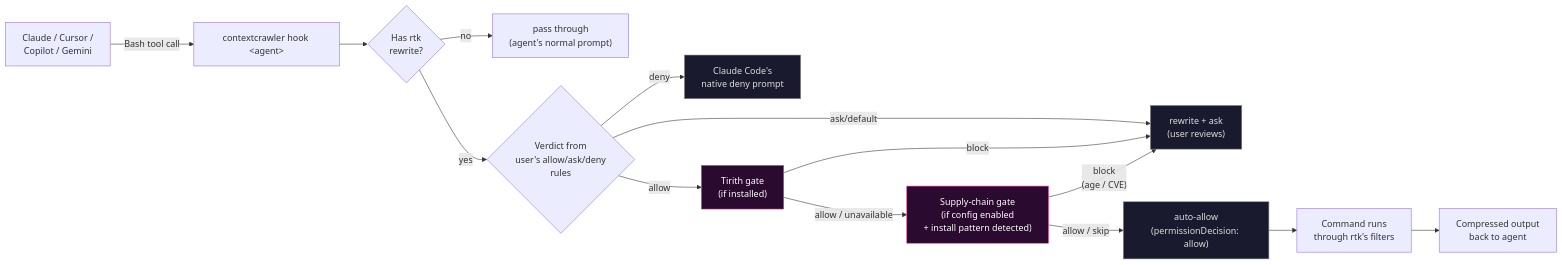
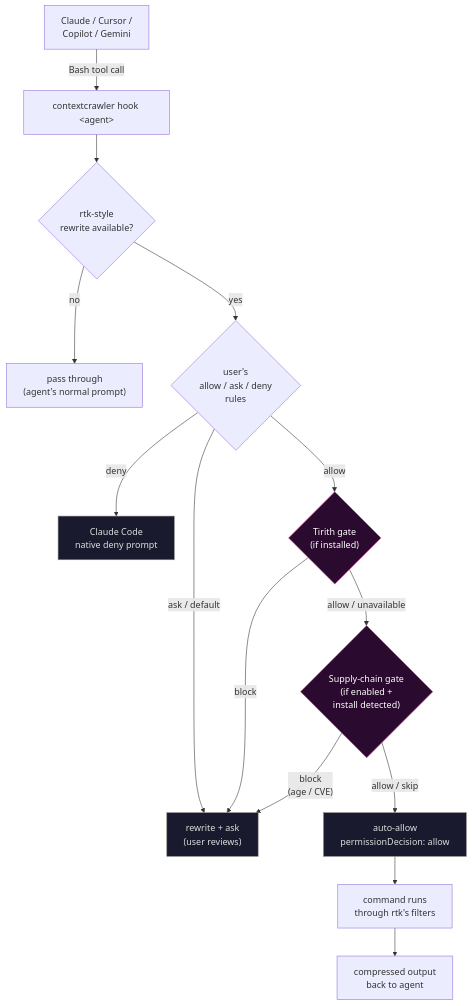
One commit to noogalabs/contextcrawler changed the second of 3 diagrams in README.md. Above: the diagram before and after it, drawn with Mermaid. The commit also changed other lines of this file, not shown here.

First line of the commit message:
docs(readme): add Goal + Features sections, collapse diagrams, TB orient

````diff
--- a/README.md
+++ b/README.md
@@ -58,27 +95,27 @@
 ```mermaid
-flowchart LR
+flowchart TB
     AGENT["Claude / Cursor /<br/>Copilot / Gemini"]
     AGENT -- "Bash tool call" --> HOOK["contextcrawler hook &lt;agent&gt;"]
 
-    HOOK --> RW{"Has rtk<br/>rewrite?"}
+    HOOK --> RW{"rtk-style<br/>rewrite available?"}
     RW -- "no" --> PASS["pass through<br/>(agent's normal prompt)"]
-    RW -- "yes" --> VERDICT{"Verdict from<br/>user's allow/ask/deny<br/>rules"}
+    RW -- "yes" --> VERDICT{"user's<br/>allow / ask / deny<br/>rules"}
 
-    VERDICT -- "deny" --> DENY["Claude Code's<br/>native deny prompt"]
-    VERDICT -- "ask/default" --> ASK["rewrite + ask<br/>(user reviews)"]
-    VERDICT -- "allow" --> TIRITH_GATE["Tirith gate<br/>(if installed)"]
+    VERDICT -- "deny" --> DENY["Claude Code<br/>native deny prompt"]
+    VERDICT -- "ask / default" --> ASK["rewrite + ask<br/>(user reviews)"]
+    VERDICT -- "allow" --> TIRITH_GATE{"Tirith gate<br/>(if installed)"}
 
     TIRITH_GATE -- "block" --> ASK
-    TIRITH_GATE -- "allow / unavailable" --> SC_GATE["Supply-chain gate<br/>(if config enabled<br/>+ install pattern detected)"]
+    TIRITH_GATE -- "allow / unavailable" --> SC_GATE{"Supply-chain gate<br/>(if enabled +<br/>install detected)"}
 
     SC_GATE -- "block<br/>(age / CVE)" --> ASK
-    SC_GATE -- "allow / skip" --> AUTO["auto-allow<br/>(permissionDecision: allow)"]
+    SC_GATE -- "allow / skip" --> AUTO["auto-allow<br/>permissionDecision: allow"]
 
-    AUTO --> RUN["Command runs<br/>through rtk's filters"]
-    RUN --> OUTPUT["Compressed output<br/>back to agent"]
+    AUTO --> RUN["command runs<br/>through rtk's filters"]
+    RUN --> OUTPUT["compressed output<br/>back to agent"]
 
     classDef gate fill:#2a0a2e,stroke:#e83e8c,color:#fff
     classDef terminal fill:#1a1a2e,stroke:#888,color:#ddd
     class TIRITH_GATE,SC_GATE gate
     class DENY,ASK,AUTO terminal
 ```
````
